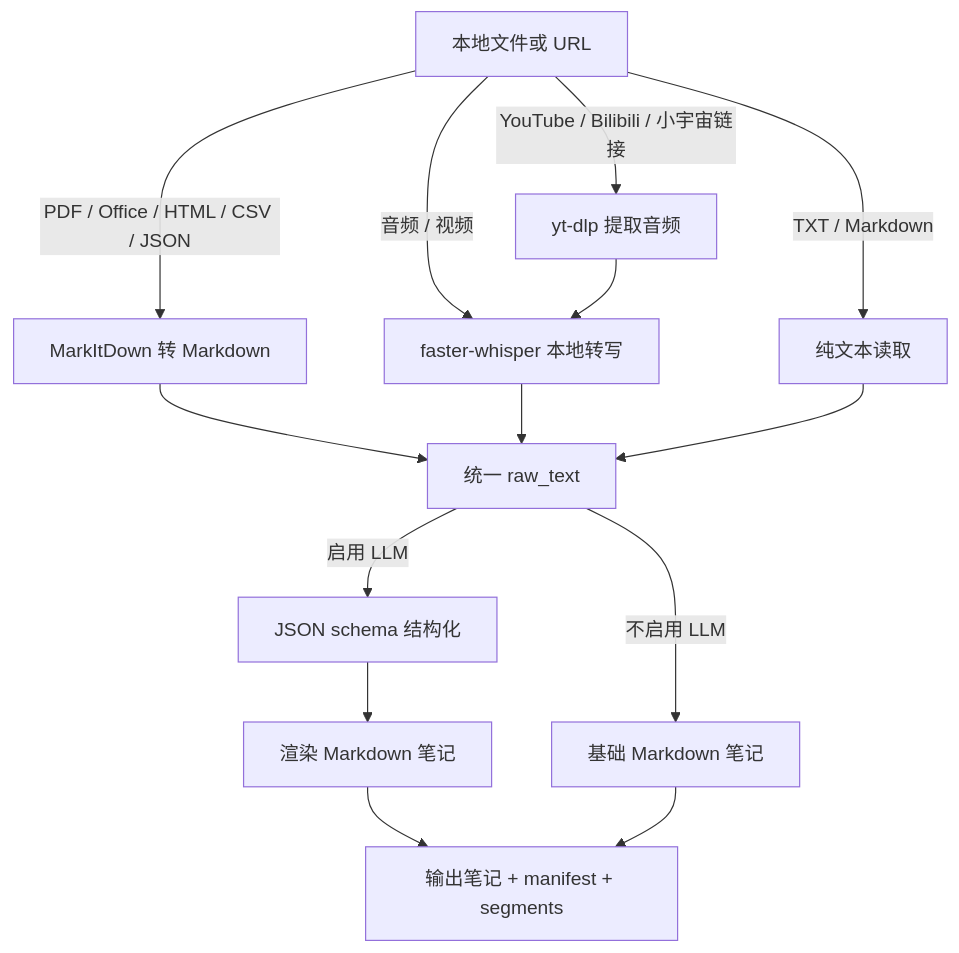
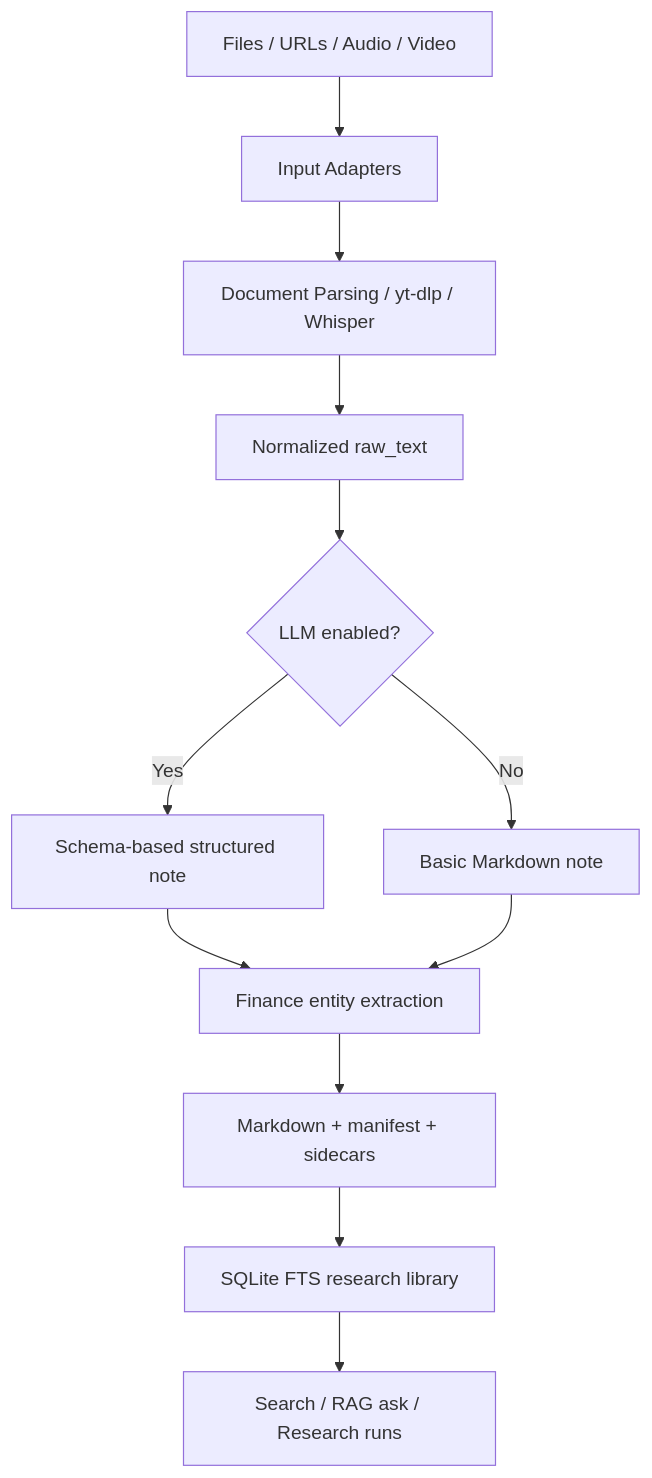
The diagram in README.md (kiskaponyaserwanis197-dot/infra-ingest), drawn with Mermaid before and after one commit. The commit also changed other lines of this file and 2 other files, not shown here.

````diff
--- a/README.md
+++ b/README.md
@@ -11,16 +36,14 @@
 ```mermaid
 graph TD
-    A[本地文件或 URL] -->|YouTube / Bilibili / 小宇宙链接| B[yt-dlp 提取音频]
-    A -->|PDF / Office / HTML / CSV / JSON| C[MarkItDown 转 Markdown]
-    A -->|音频 / 视频| D[faster-whisper 本地转写]
-    A -->|TXT / Markdown| E[纯文本读取]
-    B --> D
-    C --> F[统一 raw_text]
-    D --> F
-    E --> F
-    F -->|启用 LLM| G[JSON schema 结构化]
-    G --> H[渲染 Markdown 笔记]
-    F -->|不启用 LLM| I[基础 Markdown 笔记]
-    H --> J[输出笔记 + manifest + segments]
-    I --> J
+    A[Files / URLs / Audio / Video] --> B[Input Adapters]
+    B --> C[Document Parsing / yt-dlp / Whisper]
+    C --> D[Normalized raw_text]
+    D --> E{LLM enabled?}
+    E -->|Yes| F[Schema-based structured note]
+    E -->|No| G[Basic Markdown note]
+    F --> H[Finance entity extraction]
+    G --> H
+    H --> I[Markdown + manifest + sidecars]
+    I --> J[SQLite FTS research library]
+    J --> K[Search / RAG ask / Research runs]
 ```
````
